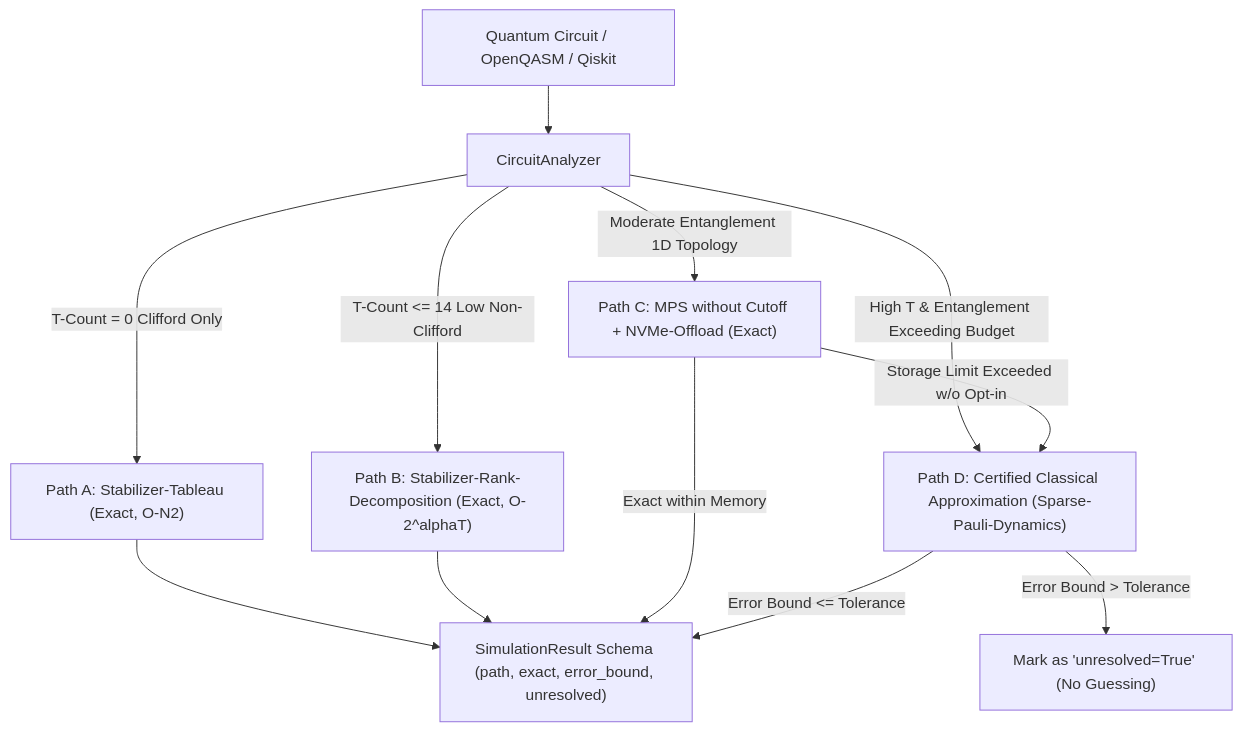
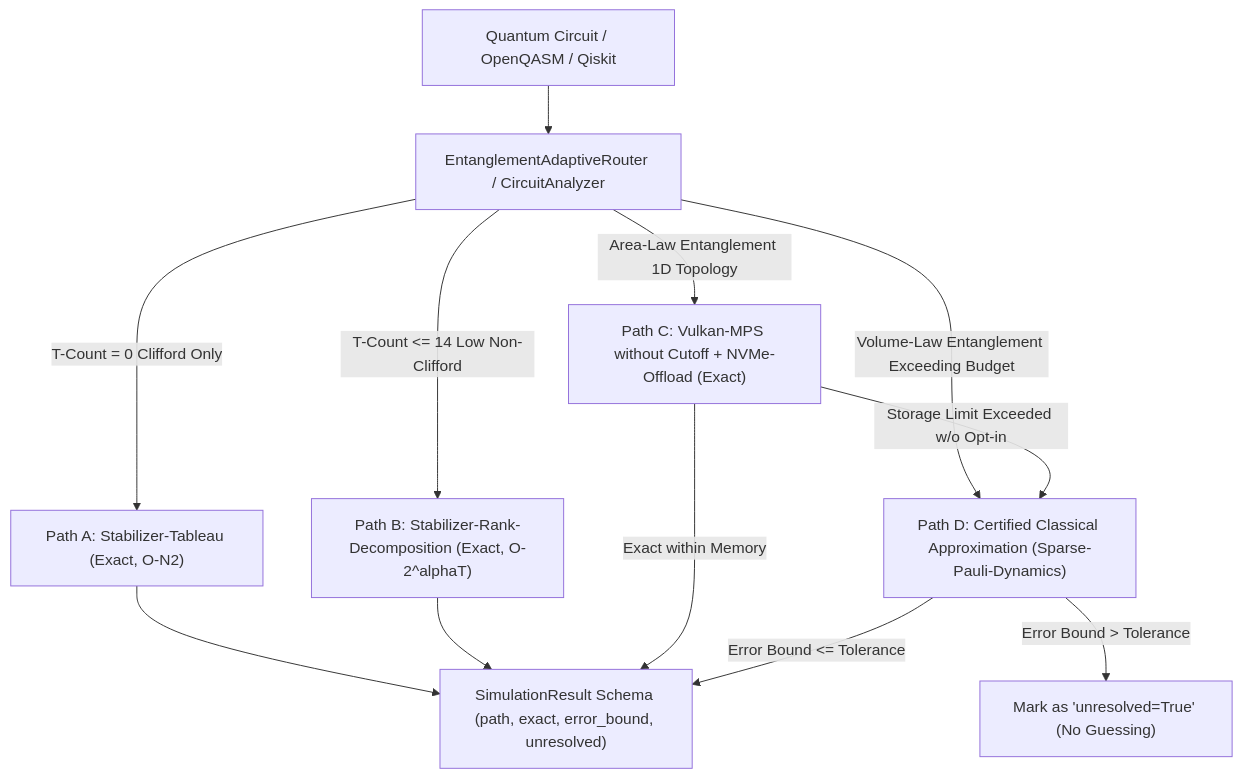
Before and after one commit to timfromhcs/CQ-HECS: the diagram in README.md, drawn with Mermaid. The commit also changed other lines of this file and 34 other files, not shown here.

First line of the commit message:
feat(vulkan): harden Vulkan 1.3 compute core, exact ring arithmetic, and v0.2.0 release prep

````diff
--- a/README.md
+++ b/README.md
@@ -29,15 +32,15 @@
 ```mermaid
 graph TD
-    A[Quantum Circuit / OpenQASM / Qiskit] --> B[CircuitAnalyzer]
+    A[Quantum Circuit / OpenQASM / Qiskit] --> B[EntanglementAdaptiveRouter / CircuitAnalyzer]
     B -->|T-Count = 0 Clifford Only| PathA["Path A: Stabilizer-Tableau (Exact, O-N2)"]
     B -->|T-Count <= 14 Low Non-Clifford| PathB["Path B: Stabilizer-Rank-Decomposition (Exact, O-2^alphaT)"]
-    B -->|Moderate Entanglement 1D Topology| PathC["Path C: MPS without Cutoff + NVMe-Offload (Exact)"]
-    B -->|High T & Entanglement Exceeding Budget| PathD["Path D: Certified Classical Approximation (Sparse-Pauli-Dynamics)"]
+    B -->|Area-Law Entanglement 1D Topology| PathC["Path C: Vulkan-MPS without Cutoff + NVMe-Offload (Exact)"]
+    B -->|Volume-Law Entanglement Exceeding Budget| PathD["Path D: Certified Classical Approximation (Sparse-Pauli-Dynamics)"]
 
     PathA --> R["SimulationResult Schema (path, exact, error_bound, unresolved)"]
     PathB --> R
     PathC -->|Storage Limit Exceeded w/o Opt-in| PathD
     PathC -->|Exact within Memory| R
     PathD -->|Error Bound <= Tolerance| R
     PathD -->|Error Bound > Tolerance| U["Mark as 'unresolved=True' (No Guessing)"]
 ```
````
